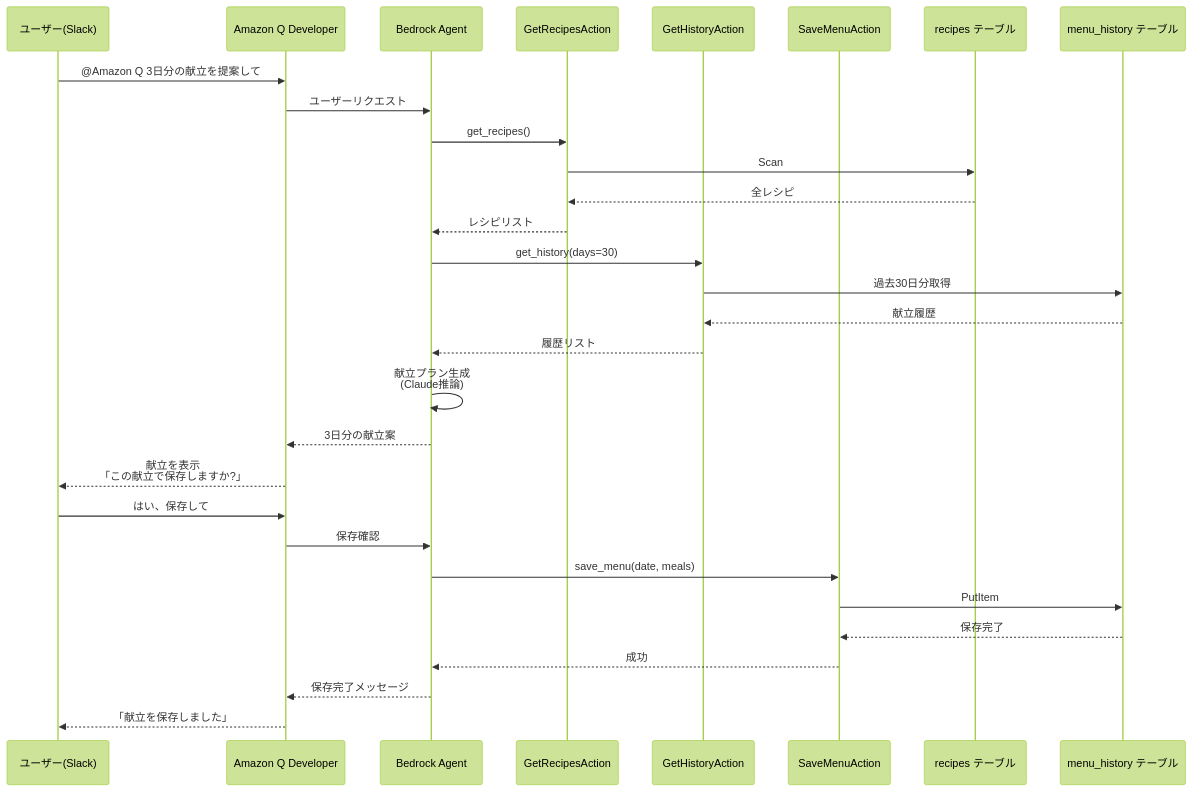
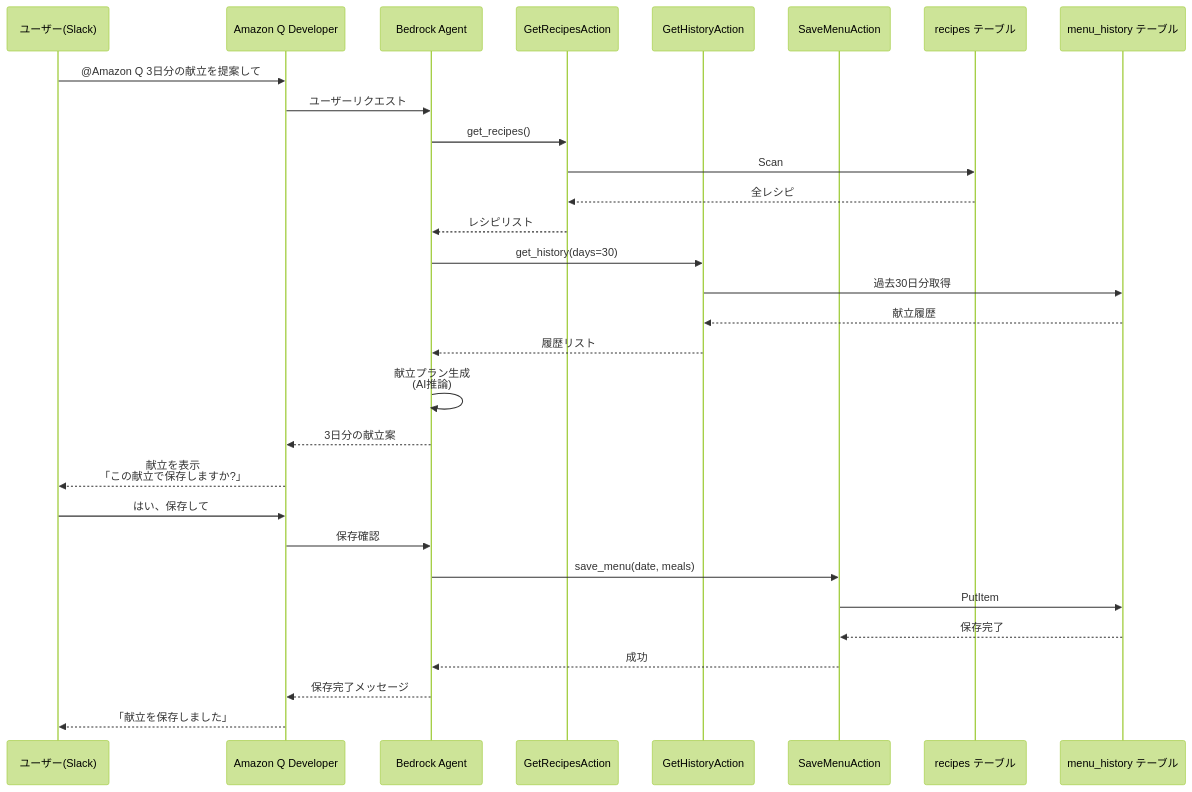
The second of 2 diagrams in README.md (takuya29/kondate-planner), drawn with Mermaid (forest theme) before and after one commit. The commit also changed other lines of this file, not shown here.

````diff
--- a/README.md
+++ b/README.md
@@ -59,39 +59,39 @@
 ```mermaid
 sequenceDiagram
     participant User as ユーザー(Slack)
     participant Chatbot as Amazon Q Developer
     participant Agent as Bedrock Agent
     participant GetRecipes as GetRecipesAction
     participant GetHistory as GetHistoryAction
     participant SaveMenu as SaveMenuAction
     participant RecipesDB as recipes テーブル
     participant HistoryDB as menu_history テーブル
 
     User->>Chatbot: @Amazon Q 3日分の献立を提案して
     Chatbot->>Agent: ユーザーリクエスト
 
     Agent->>GetRecipes: get_recipes()
     GetRecipes->>RecipesDB: Scan
     RecipesDB-->>GetRecipes: 全レシピ
     GetRecipes-->>Agent: レシピリスト
 
     Agent->>GetHistory: get_history(days=30)
     GetHistory->>HistoryDB: 過去30日分取得
     HistoryDB-->>GetHistory: 献立履歴
     GetHistory-->>Agent: 履歴リスト
 
-    Agent->>Agent: 献立プラン生成<br/>(Claude推論)
+    Agent->>Agent: 献立プラン生成<br/>(AI推論)
     Agent-->>Chatbot: 3日分の献立案
     Chatbot-->>User: 献立を表示<br/>「この献立で保存しますか?」
 
     User->>Chatbot: はい、保存して
     Chatbot->>Agent: 保存確認
 
     Agent->>SaveMenu: save_menu(date, meals)
     SaveMenu->>HistoryDB: PutItem
     HistoryDB-->>SaveMenu: 保存完了
     SaveMenu-->>Agent: 成功
 
     Agent-->>Chatbot: 保存完了メッセージ
     Chatbot-->>User: 「献立を保存しました」
 ```
````
